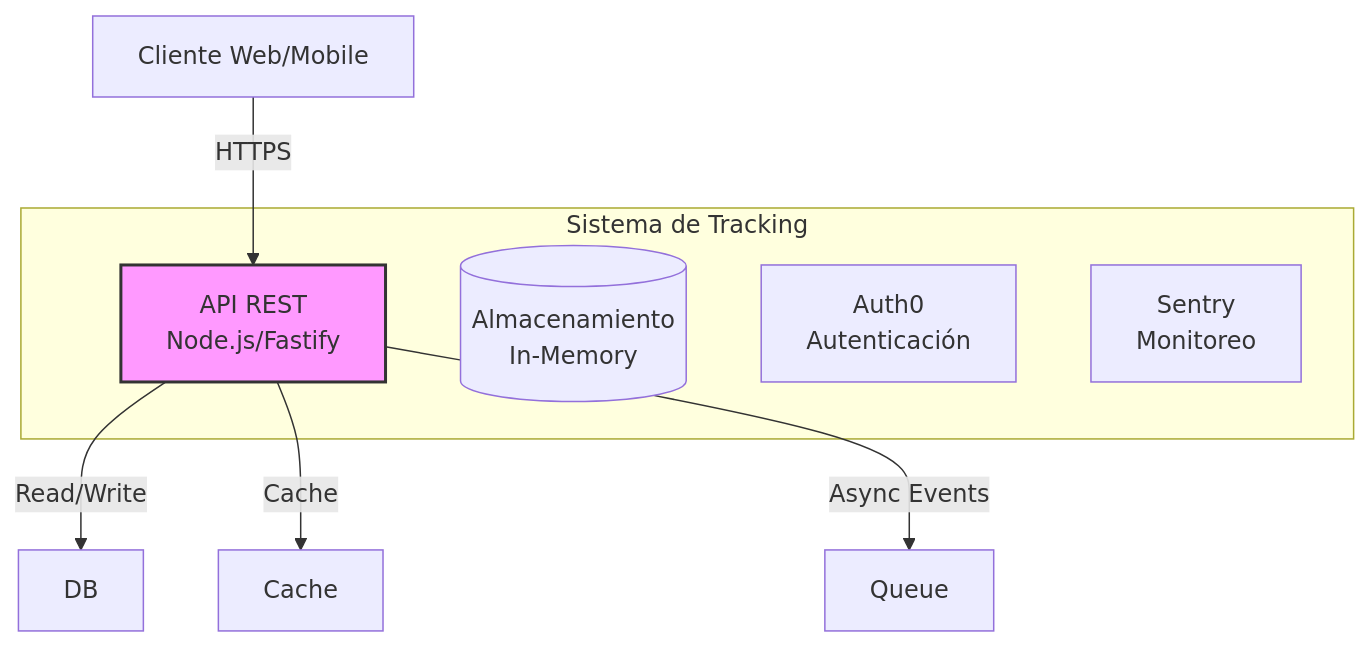
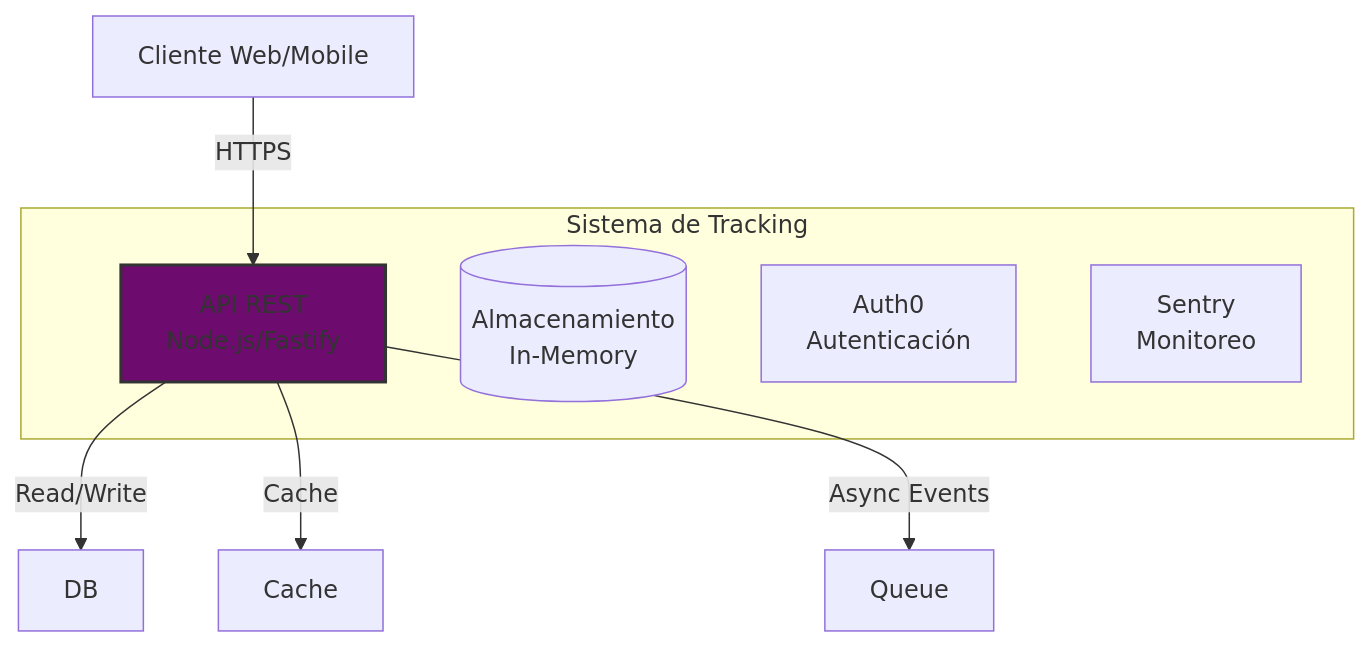
The second of 4 diagrams in ARCHITECTURE.md (otherside9710/tracking-api), drawn with Mermaid before and after one commit. The commit also changed other lines of this file, not shown here.

Commit message:
docs: update architecture md

````diff
--- a/ARCHITECTURE.md
+++ b/ARCHITECTURE.md
@@ -28,18 +28,18 @@
 ```mermaid
 graph TB
     subgraph "Sistema de Tracking"
         API[API REST<br/>Node.js/Fastify]
         Storage[(Almacenamiento<br/>In-Memory)]
         Auth[Auth0<br/>Autenticación]
         Sentry[Sentry<br/>Monitoreo]
     end
     
     Client[Cliente Web/Mobile]
     
     Client -->|HTTPS| API
     API -->|Read/Write| DB
     API -->|Cache| Cache
     API -->|Async Events| Queue
     
-    style API fill:#f9f,stroke:#333,stroke-width:2px
+    style API fill:#6E0B6E,stroke:#333,stroke-width:2px
 ```
````
